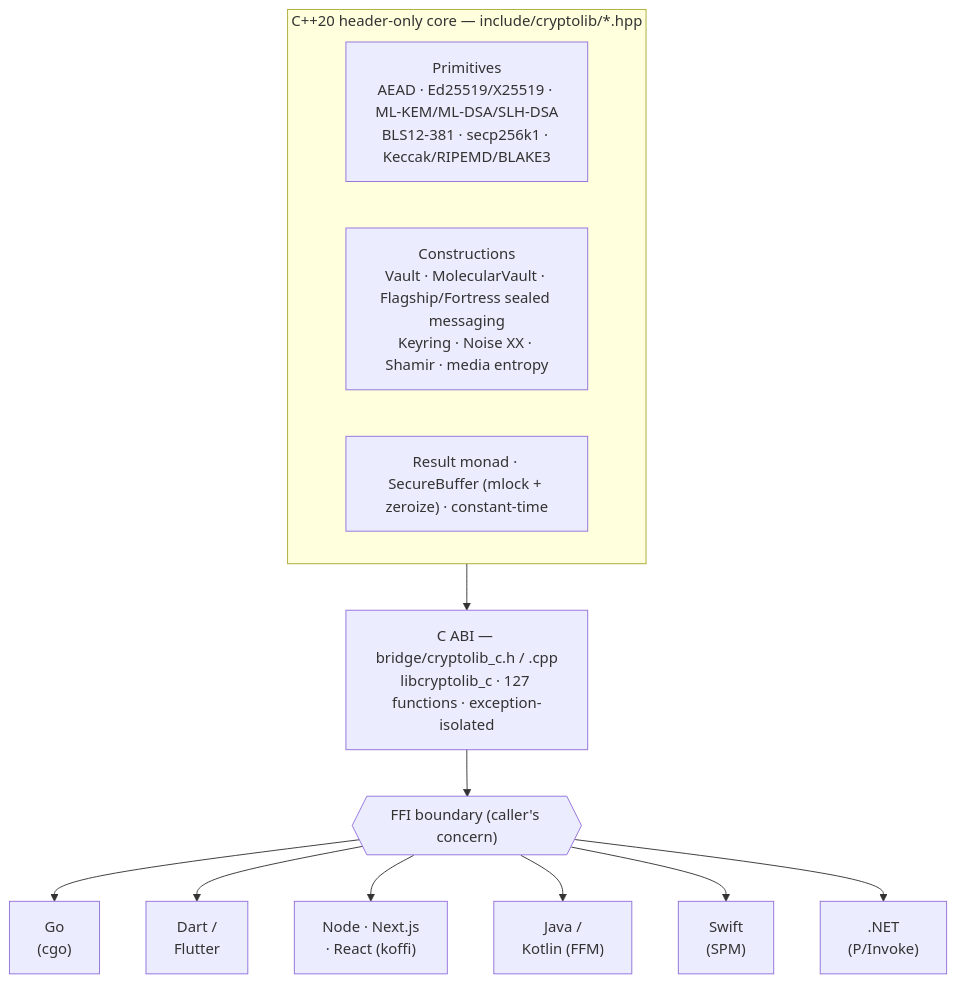
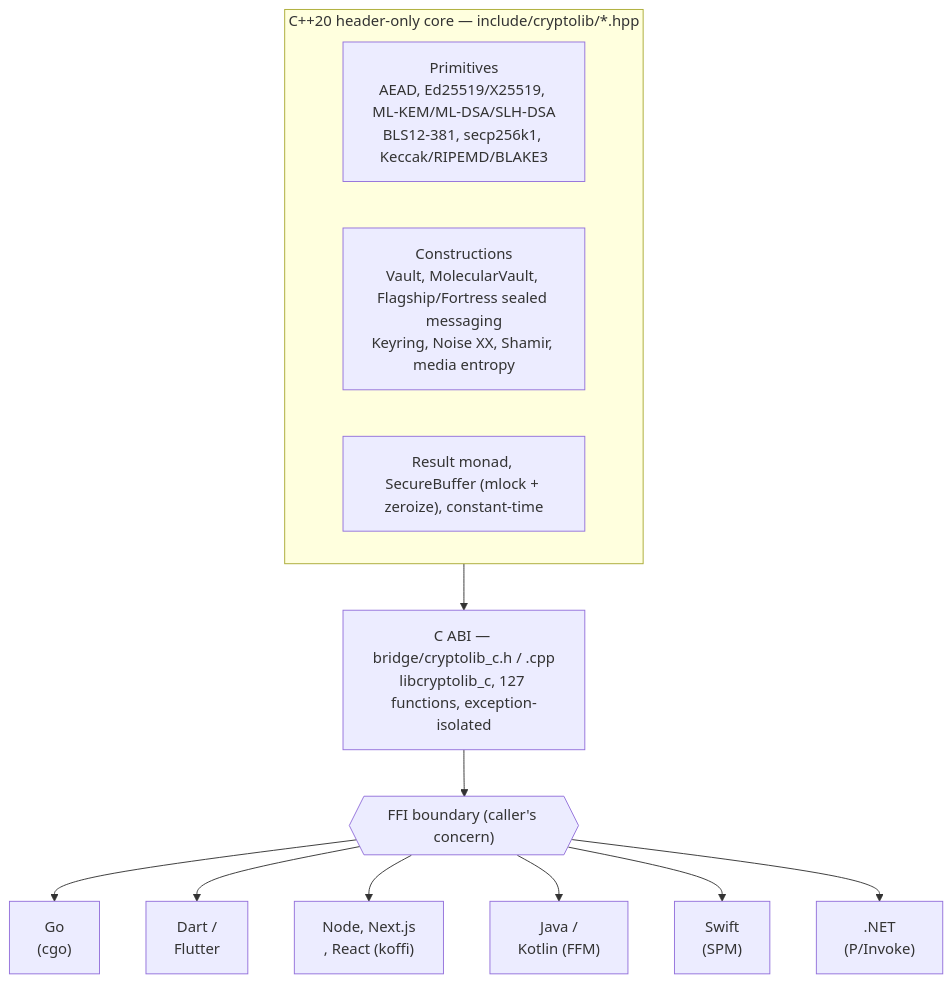
Before and after one commit to Crdzbird/CipherBird: the first of 2 diagrams in README.md, drawn with Mermaid. The commit also changed other lines of this file and 414 other files, not shown here.

````diff
--- a/README.md
+++ b/README.md
@@ -121,16 +121,16 @@
 ```mermaid
 flowchart TB
   subgraph core["C++20 header-only core — include/cryptolib/*.hpp"]
-    prim["Primitives<br/>AEAD · Ed25519/X25519 · ML-KEM/ML-DSA/SLH-DSA<br/>BLS12-381 · secp256k1 · Keccak/RIPEMD/BLAKE3"]
-    hl["Constructions<br/>Vault · MolecularVault · Flagship/Fortress sealed messaging<br/>Keyring · Noise XX · Shamir · media entropy"]
-    safe["Result monad · SecureBuffer (mlock + zeroize) · constant-time"]
+    prim["Primitives<br/>AEAD, Ed25519/X25519, ML-KEM/ML-DSA/SLH-DSA<br/>BLS12-381, secp256k1, Keccak/RIPEMD/BLAKE3"]
+    hl["Constructions<br/>Vault, MolecularVault, Flagship/Fortress sealed messaging<br/>Keyring, Noise XX, Shamir, media entropy"]
+    safe["Result monad, SecureBuffer (mlock + zeroize), constant-time"]
   end
-  core --> abi["C ABI — bridge/cryptolib_c.h / .cpp<br/>libcryptolib_c · 127 functions · exception-isolated"]
+  core --> abi["C ABI — bridge/cryptolib_c.h / .cpp<br/>libcryptolib_c, 127 functions, exception-isolated"]
   abi --> ffi{{"FFI boundary (caller's concern)"}}
   ffi --> go["Go<br/>(cgo)"]
   ffi --> dart["Dart /<br/>Flutter"]
-  ffi --> node["Node · Next.js<br/>· React (koffi)"]
+  ffi --> node["Node, Next.js<br/>, React (koffi)"]
   ffi --> jvm["Java /<br/>Kotlin (FFM)"]
   ffi --> swift["Swift<br/>(SPM)"]
   ffi --> net[".NET<br/>(P/Invoke)"]
 ```
````
